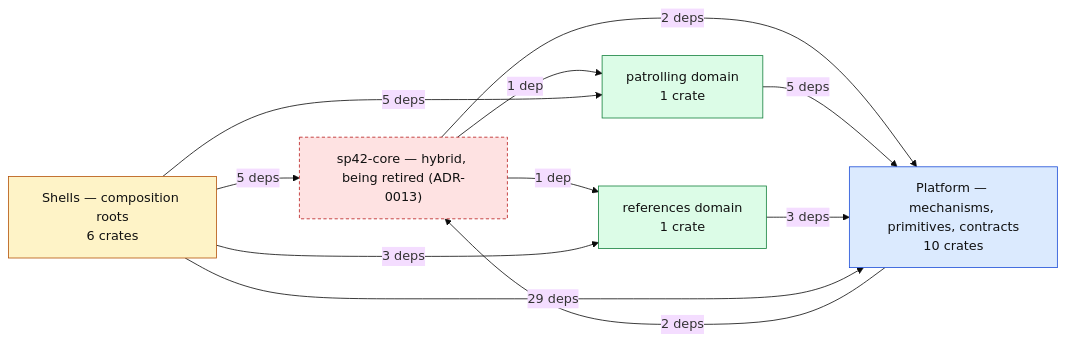
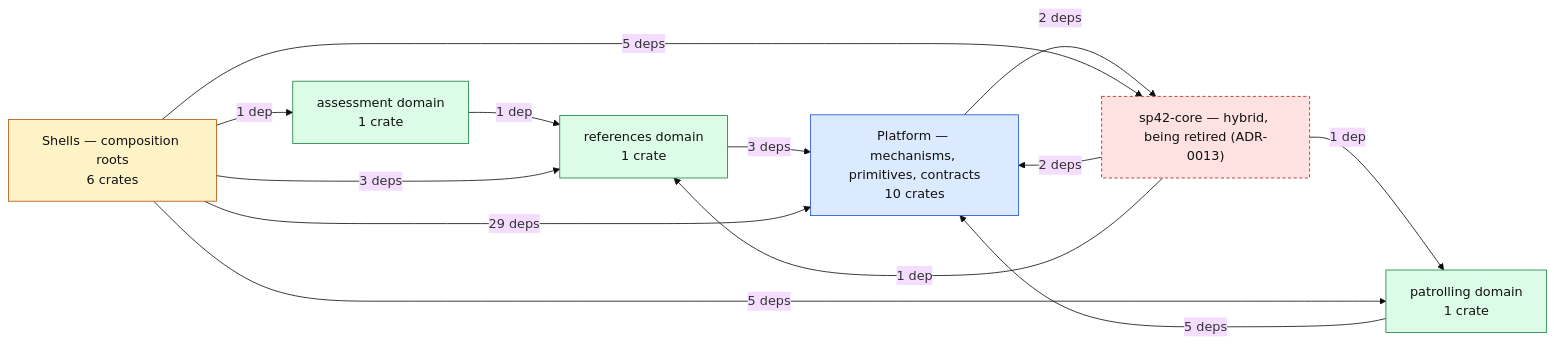
One commit to schiste/SP42 changed the first of 2 diagrams in docs/platform/architecture.md. Above: the diagram before and after it, drawn with Mermaid (base theme). The commit also changed other lines of this file and 4 other files, not shown here.

Commit message:
docs(assessment): record the crate's birth (PRD-0016 MVP implemented)

````diff
--- a/docs/platform/architecture.md
+++ b/docs/platform/architecture.md
@@ -21,22 +21,25 @@
 ```mermaid
 flowchart LR
   G_shell["Shells — composition roots<br/>6 crates"]:::shell
+  G_assessment["assessment domain<br/>1 crate"]:::domain
   G_patrolling["patrolling domain<br/>1 crate"]:::domain
   G_references["references domain<br/>1 crate"]:::domain
   G_hybrid["sp42-core — hybrid, being retired (ADR-0013)"]:::hybrid
   G_platform["Platform — mechanisms, primitives, contracts<br/>10 crates"]:::platform
+  G_assessment -->|1 dep| G_references
   G_hybrid -->|1 dep| G_patrolling
   G_hybrid -->|2 deps| G_platform
   G_hybrid -->|1 dep| G_references
   G_patrolling -->|5 deps| G_platform
   G_platform -->|2 deps| G_hybrid
   G_references -->|3 deps| G_platform
+  G_shell -->|1 dep| G_assessment
   G_shell -->|5 deps| G_hybrid
   G_shell -->|5 deps| G_patrolling
   G_shell -->|29 deps| G_platform
   G_shell -->|3 deps| G_references
   classDef shell fill:#fef3c7,stroke:#b45309,color:#111
   classDef domain fill:#dcfce7,stroke:#15803d,color:#111
   classDef platform fill:#dbeafe,stroke:#1d4ed8,color:#111
   classDef hybrid fill:#fee2e2,stroke:#b91c1c,color:#111,stroke-dasharray: 4 3
 ```
````
